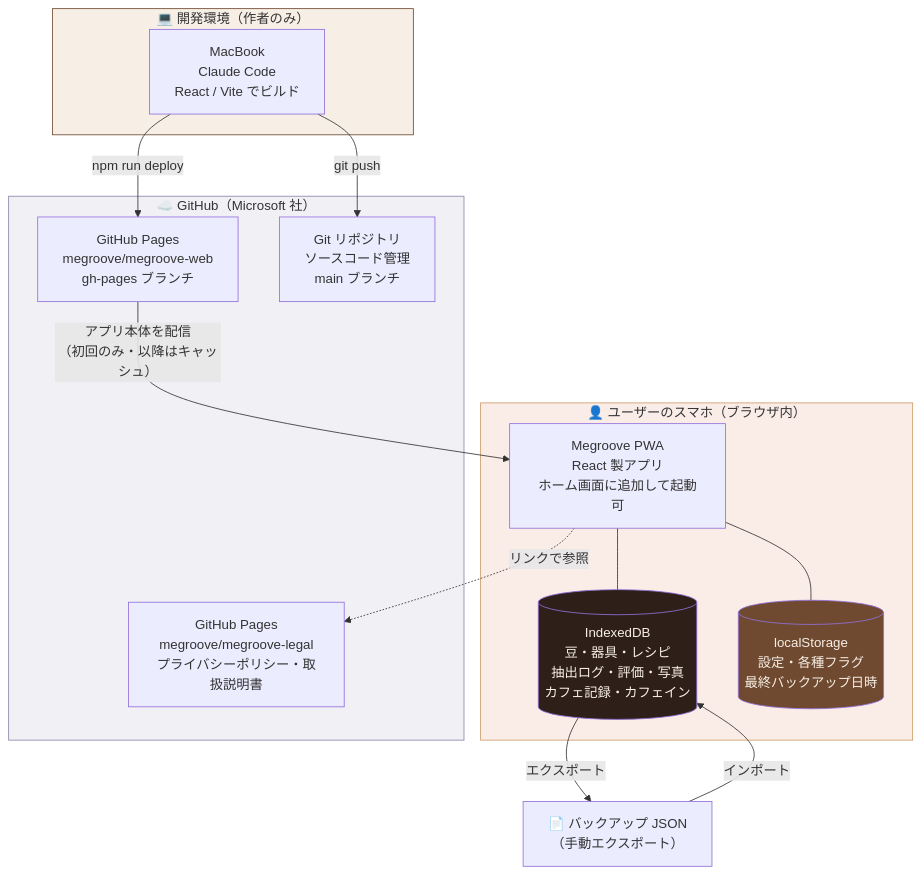
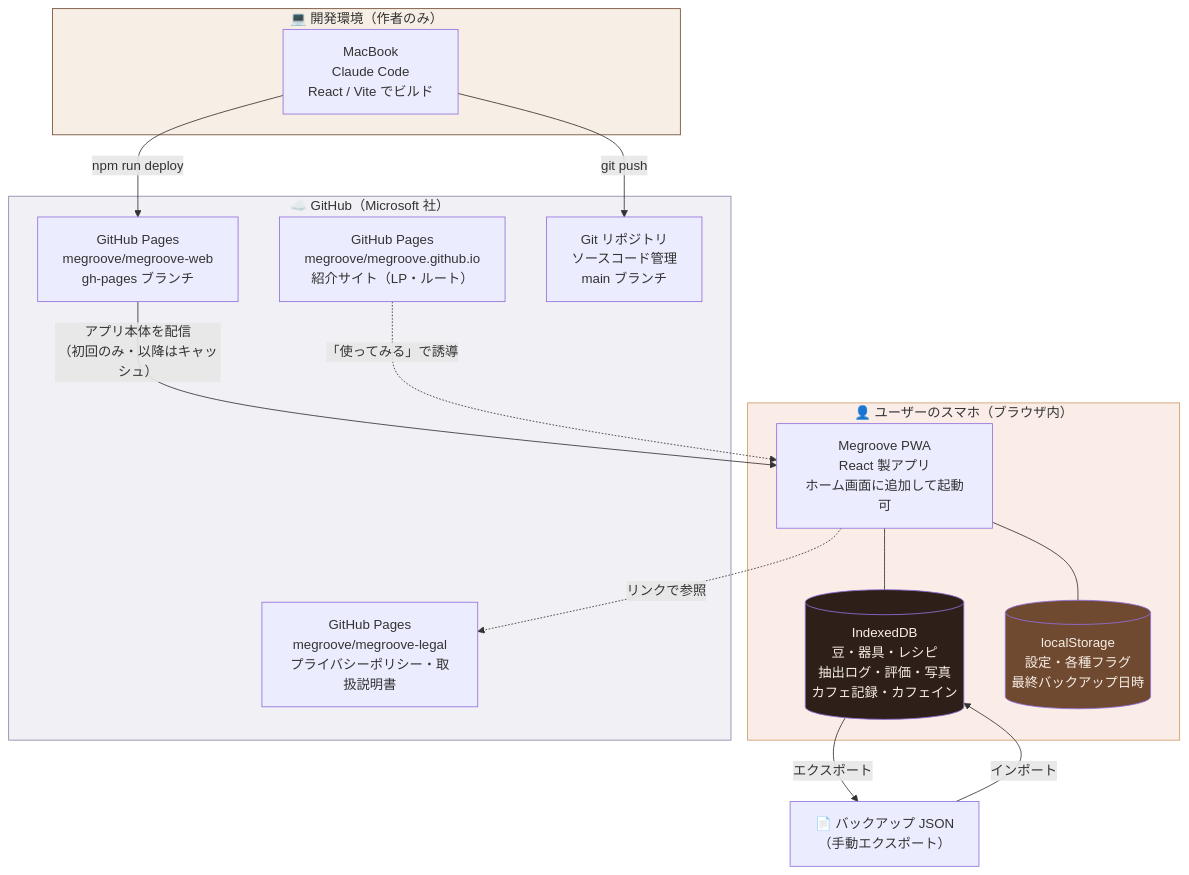
One commit to megroove/megroove-web changed the diagram in SPEC.md. Above: the diagram before and after it, drawn with Mermaid. The commit also changed other lines of this file, not shown here.

````diff
--- a/SPEC.md
+++ b/SPEC.md
@@ -72,35 +72,37 @@
 ```mermaid
 graph TB
     subgraph USER["👤 ユーザーのスマホ（ブラウザ内）"]
         PWA["Megroove PWA<br/>React 製アプリ<br/>ホーム画面に追加して起動可"]
         IDB[("IndexedDB<br/>豆・器具・レシピ<br/>抽出ログ・評価・写真<br/>カフェ記録・カフェイン")]
         LS[("localStorage<br/>設定・各種フラグ<br/>最終バックアップ日時")]
         PWA --- IDB
         PWA --- LS
     end
 
     subgraph GH["☁️ GitHub（Microsoft 社）"]
+        SITE["GitHub Pages<br/>megroove/megroove.github.io<br/>紹介サイト（LP・ルート）"]
         PAGES["GitHub Pages<br/>megroove/megroove-web<br/>gh-pages ブランチ"]
         LEGAL["GitHub Pages<br/>megroove/megroove-legal<br/>プライバシーポリシー・取扱説明書"]
         REPO["Git リポジトリ<br/>ソースコード管理<br/>main ブランチ"]
     end
 
     subgraph DEV["💻 開発環境（作者のみ）"]
         MAC["MacBook<br/>Claude Code<br/>React / Vite でビルド"]
     end
 
     FILE["📄 バックアップ JSON<br/>（手動エクスポート）"]
 
     PAGES -->|"アプリ本体を配信<br/>（初回のみ・以降はキャッシュ）"| PWA
+    SITE -.->|"「使ってみる」で誘導"| PWA
     PWA -.->|"リンクで参照"| LEGAL
     MAC -->|"git push"| REPO
     MAC -->|"npm run deploy"| PAGES
     IDB -->|"エクスポート"| FILE
     FILE -->|"インポート"| IDB
 
     style USER fill:#FAECE7,stroke:#CE9C68
     style GH fill:#F0F0F5,stroke:#8888aa
     style DEV fill:#F7EFE6,stroke:#6F4A30
     style IDB fill:#2E2018,color:#F7EFE6
     style LS fill:#6F4A30,color:#F7EFE6
 ```
````
